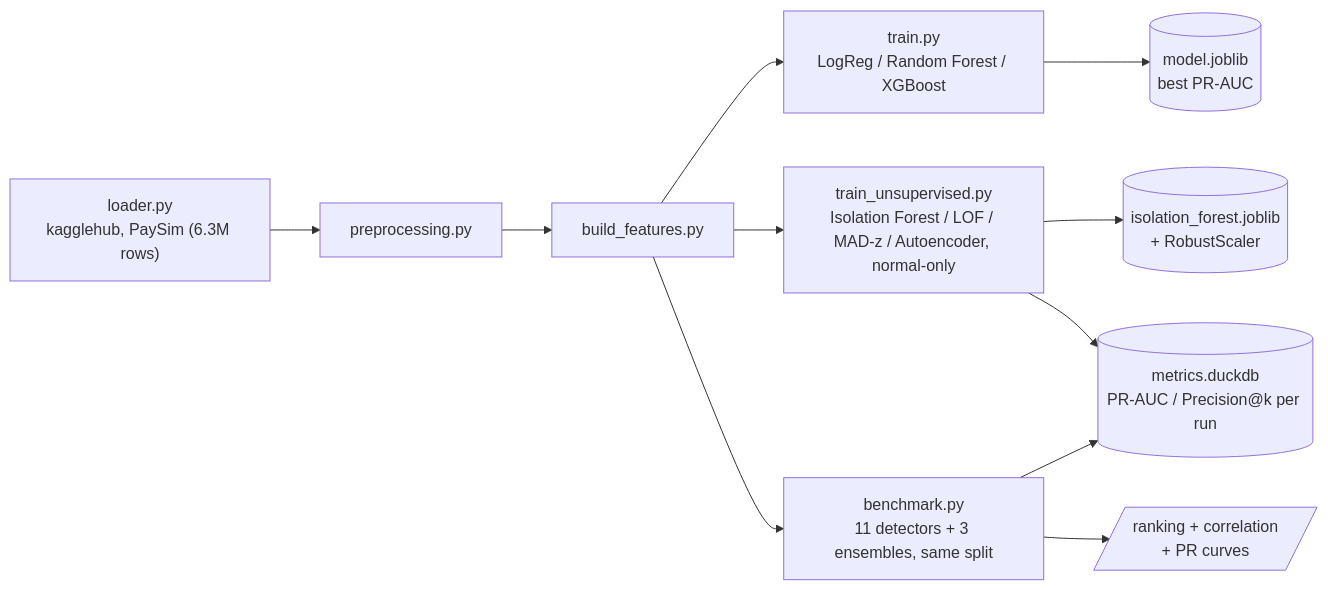
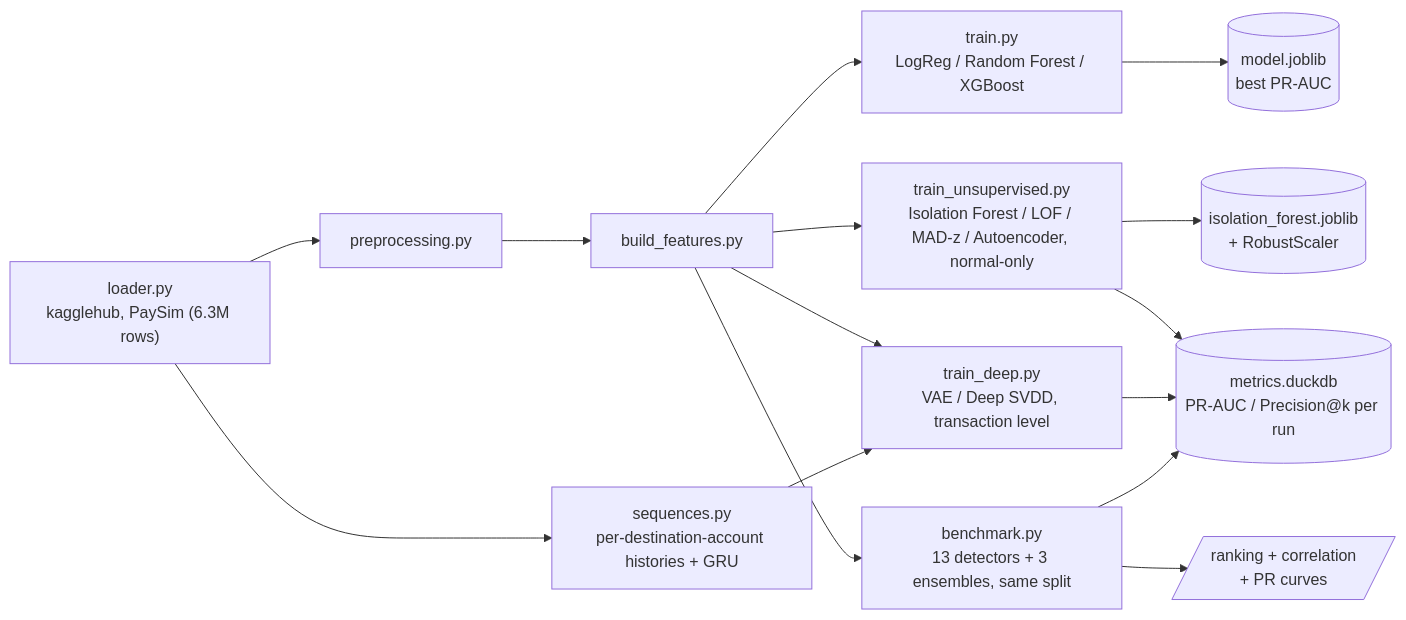
The diagram in README.md (Rxyxs/Proyectos_ML_anomalias), drawn with Mermaid before and after one commit. The commit also changed other lines of this file and 15 other files, not shown here.

````diff
--- a/README.md
+++ b/README.md
@@ -30,13 +30,17 @@
 ```mermaid
 flowchart LR
     A["loader.py<br/>kagglehub, PaySim (6.3M rows)"] --> B[preprocessing.py]
     B --> C[build_features.py]
     C --> D["train.py<br/>LogReg / Random Forest / XGBoost"]
     D --> E[(model.joblib<br/>best PR-AUC)]
     C --> F["train_unsupervised.py<br/>Isolation Forest / LOF / MAD-z / Autoencoder, normal-only"]
     F --> G[(isolation_forest.joblib<br/>+ RobustScaler)]
     F --> H[(metrics.duckdb<br/>PR-AUC / Precision@k per run)]
-    C --> I["benchmark.py<br/>11 detectors + 3 ensembles, same split"]
+    C --> I["benchmark.py<br/>13 detectors + 3 ensembles, same split"]
+    C --> K["train_deep.py<br/>VAE / Deep SVDD, transaction level"]
+    A --> L["sequences.py<br/>per-destination-account histories + GRU"]
+    L --> K
+    K --> H
     I --> H
     I --> J[/"ranking + correlation<br/>+ PR curves"/]
 ```
````
